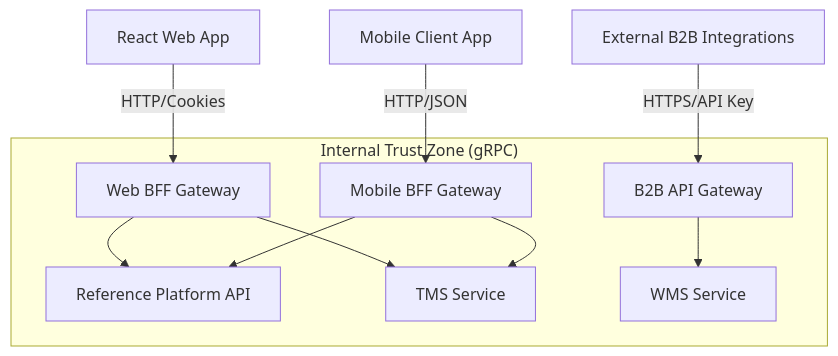
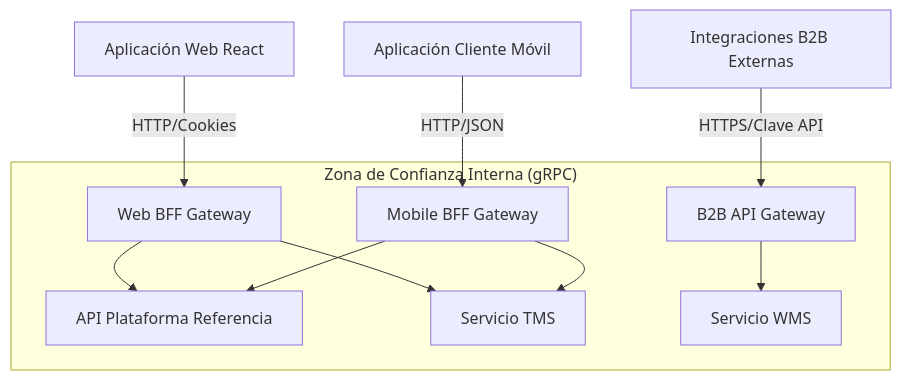
One commit to beyondnetcode/arc32_progresive_monolith changed the diagram in arc-corporate-ws/corporate-standards-es/02-adrs/nodejs/0008-progressive-multimodule-evolution-gateway-bff.md. Above: the diagram before and after it, drawn with Mermaid. The commit also changed other lines of this file and 89 other files, not shown here.

````diff
--- a/arc-corporate-ws/corporate-standards-es/02-adrs/nodejs/0008-progressive-multimodule-evolution-gateway-bff.md
+++ b/arc-corporate-ws/corporate-standards-es/02-adrs/nodejs/0008-progressive-multimodule-evolution-gateway-bff.md
@@ -28,14 +28,14 @@
 ```mermaid
 graph TD
-    Web["React Web App"] -->|HTTP/Cookies| WebBFF["Web BFF Gateway"]
-    Mobile["Mobile Client App"] -->|HTTP/JSON| MobileBFF["Mobile BFF Gateway"]
-    B2B["External B2B Integrations"] -->|HTTPS/API Key| B2BGateway["B2B API Gateway"]
+    Web["Aplicación Web React"] -->|HTTP/Cookies| WebBFF["Web BFF Gateway"]
+    Mobile["Aplicación Cliente Móvil"] -->|HTTP/JSON| MobileBFF["Mobile BFF Gateway"]
+    B2B["Integraciones B2B Externas"] -->|HTTPS/Clave API| B2BGateway["B2B API Gateway"]
 
-    subgraph InternalNetwork["Internal Trust Zone (gRPC)"]
-        WebBFF --> CoreAPI["Reference Platform API"]
-        WebBFF --> TMS["TMS Service"]
+    subgraph InternalNetwork["Zona de Confianza Interna (gRPC)"]
+        WebBFF --> CoreAPI["API Plataforma Referencia"]
+        WebBFF --> TMS["Servicio TMS"]
         MobileBFF --> CoreAPI
         MobileBFF --> TMS
-        B2BGateway --> WMS["WMS Service"]
+        B2BGateway --> WMS["Servicio WMS"]
     end
 ```
````
